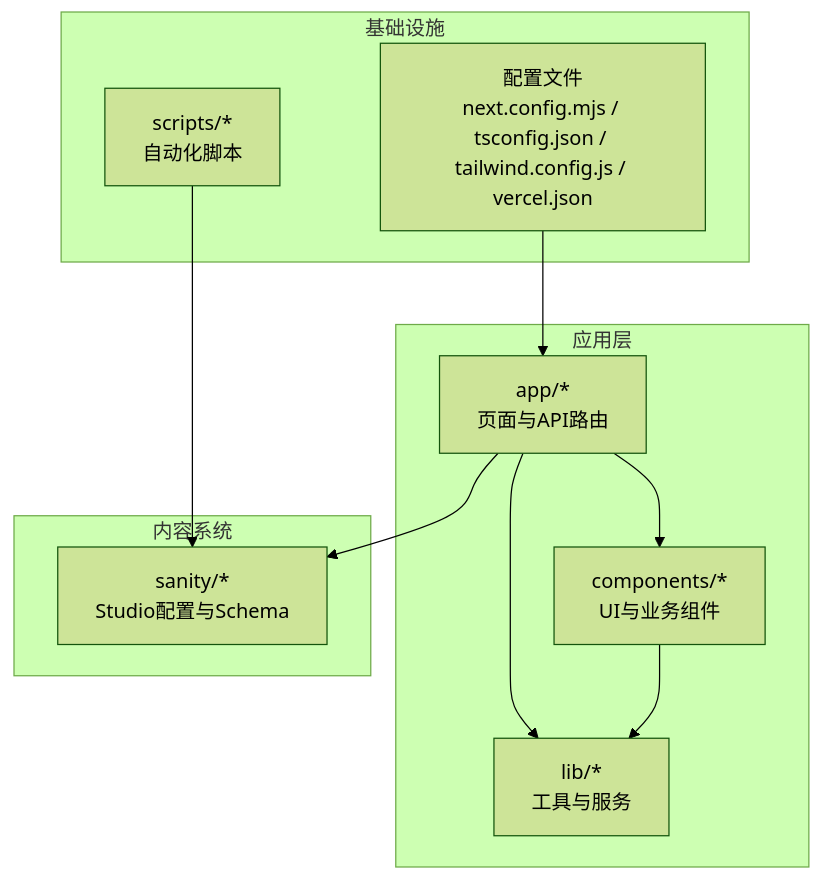
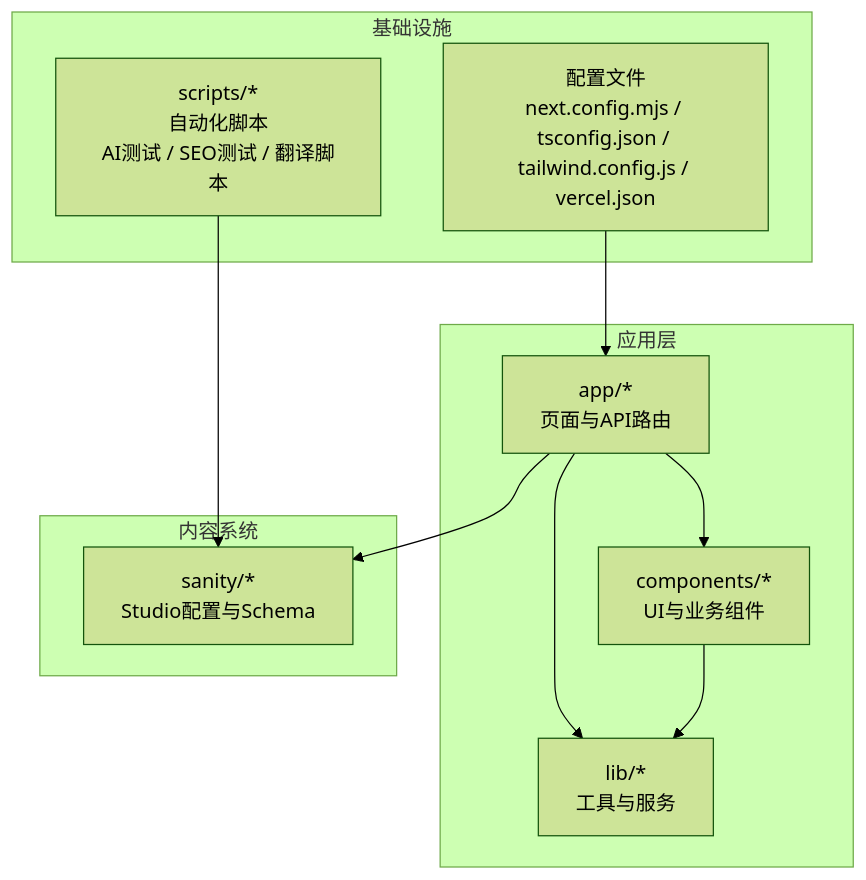
One commit to waltzhan/LEDTrade changed the first of 6 diagrams in .qoder/repowiki/zh/content/开发者指南.md. Above: the diagram before and after it, drawn with Mermaid (forest theme). The commit also changed other lines of this file and 20 other files, not shown here.

````diff
--- a/.qoder/repowiki/zh/content/开发者指南.md
+++ b/.qoder/repowiki/zh/content/开发者指南.md
@@ -45,21 +60,21 @@
 ```mermaid
 graph TB
 subgraph "应用层"
 APP["app/*<br/>页面与API路由"]
 CMPS["components/*<br/>UI与业务组件"]
 LIB["lib/*<br/>工具与服务"]
 end
 subgraph "内容系统"
 SANITY["sanity/*<br/>Studio配置与Schema"]
 end
 subgraph "基础设施"
 CFG["配置文件<br/>next.config.mjs / tsconfig.json / tailwind.config.js / vercel.json"]
-SCRIPTS["scripts/*<br/>自动化脚本"]
+SCRIPTS["scripts/*<br/>自动化脚本<br/>AI测试 / SEO测试 / 翻译脚本"]
 end
 APP --> CMPS
 APP --> LIB
 APP --> SANITY
 CMPS --> LIB
 SCRIPTS --> SANITY
 CFG --> APP
 ```
````
